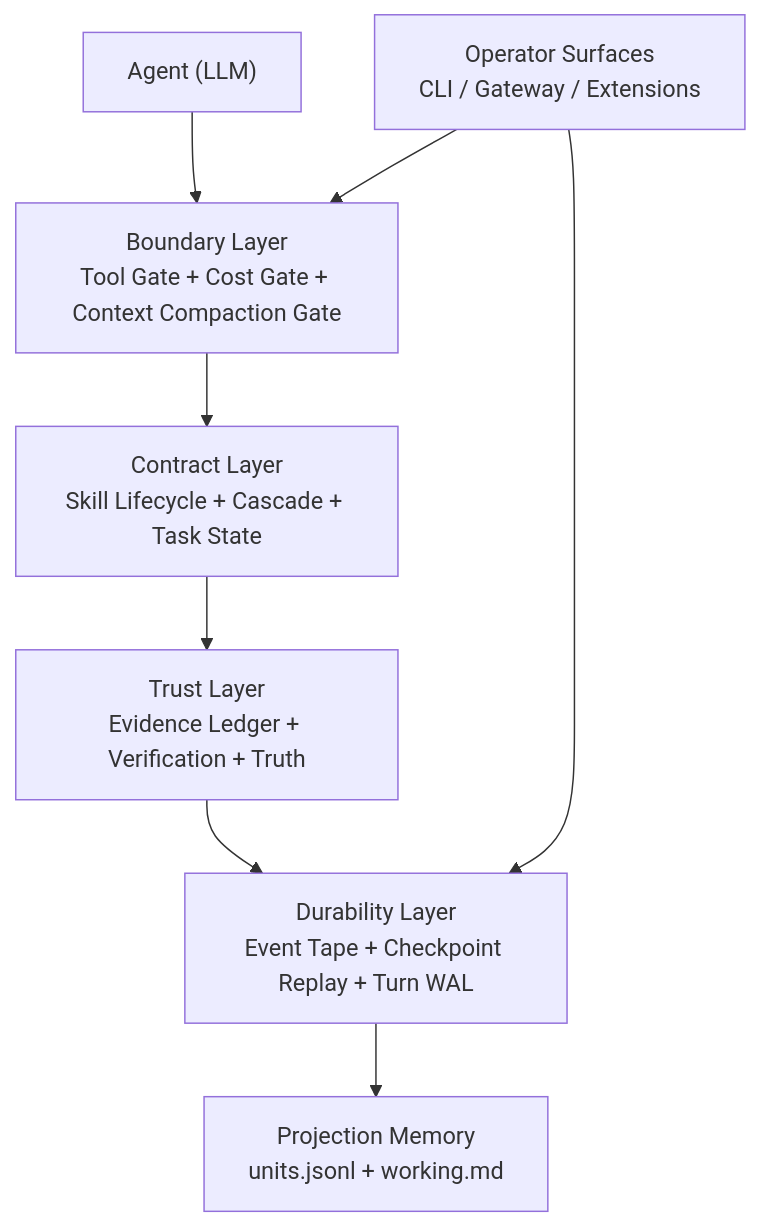
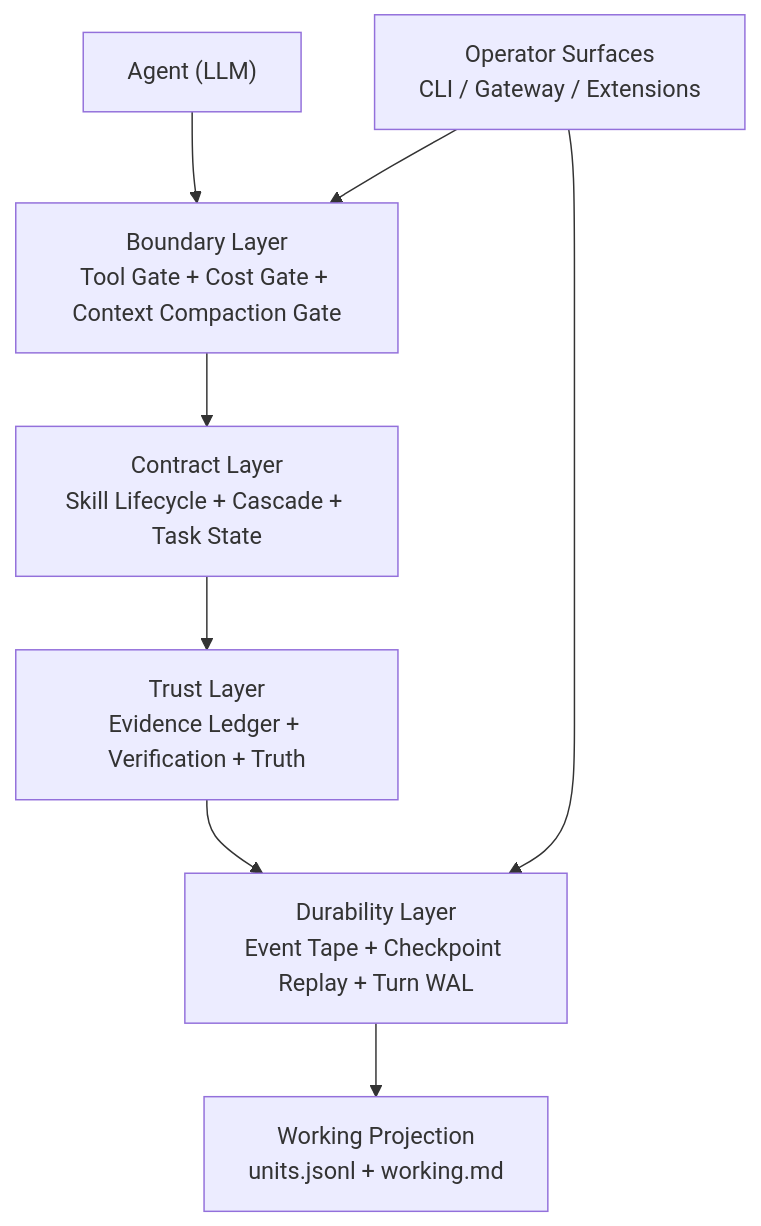
One commit to arcthur/brewva changed the diagram in README.md. Above: the diagram before and after it, drawn with Mermaid. The commit also changed other lines of this file and 100 other files, not shown here.

````diff
--- a/README.md
+++ b/README.md
@@ -34,18 +34,18 @@
 ```mermaid
 flowchart TD
   AGENT["Agent (LLM)"]
   TRUST["Trust Layer<br/>Evidence Ledger + Verification + Truth"]
   BOUNDARY["Boundary Layer<br/>Tool Gate + Cost Gate + Context Compaction Gate"]
   CONTRACT["Contract Layer<br/>Skill Lifecycle + Cascade + Task State"]
   DURABILITY["Durability Layer<br/>Event Tape + Checkpoint Replay + Turn WAL"]
-  MEMORY["Projection Memory<br/>units.jsonl + working.md"]
+  PROJECTION["Working Projection<br/>units.jsonl + working.md"]
   UX["Operator Surfaces<br/>CLI / Gateway / Extensions"]
 
   AGENT --> BOUNDARY
   BOUNDARY --> CONTRACT
   CONTRACT --> TRUST
   TRUST --> DURABILITY
-  DURABILITY --> MEMORY
+  DURABILITY --> PROJECTION
   UX --> BOUNDARY
   UX --> DURABILITY
 ```
````
